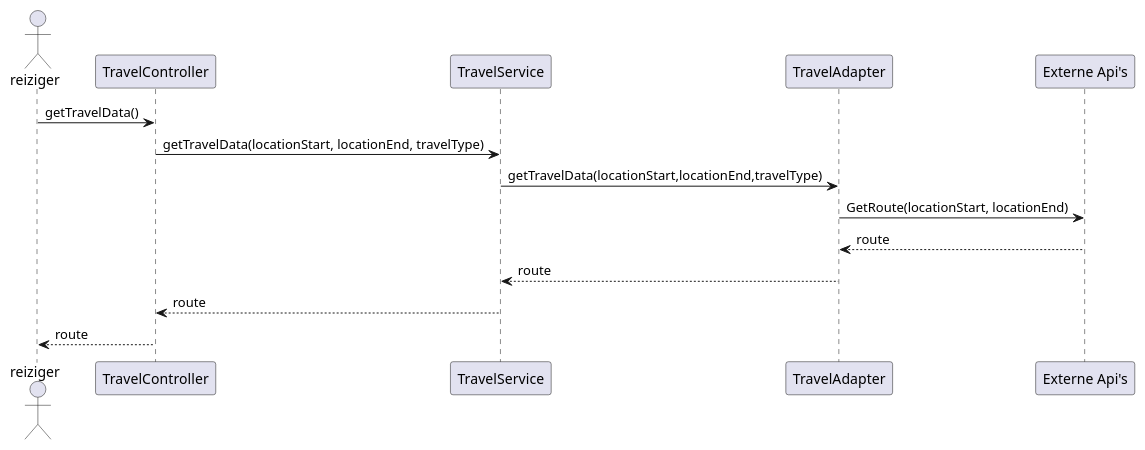
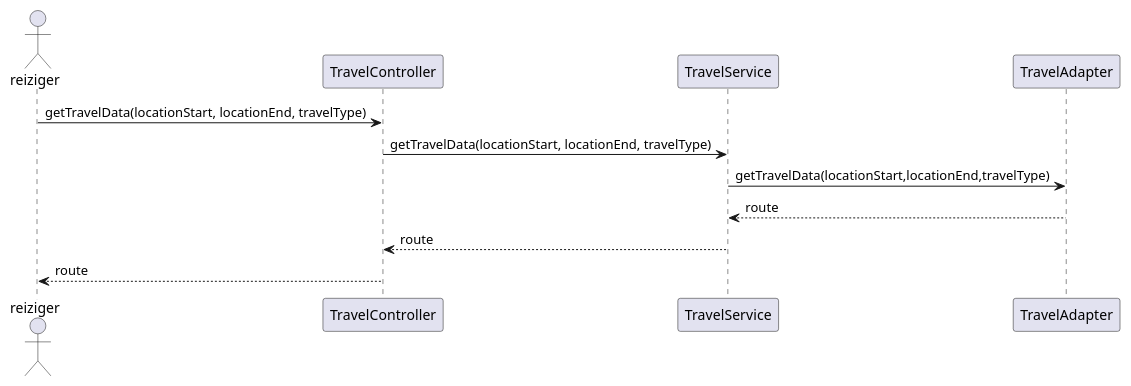
One commit to AIM-ENE-feb25/triptop-groep-tweeeeeeeeeeeeeeeeeeeeee changed the diagram in joost sequence diagram adapter pattern.puml. Above: the diagram before and after it, drawn with PlantUML. The commit also changed 3 other files, not shown here.

Commit message:
Aanpassing sequence en class diagram

```diff
--- a/joost sequence diagram adapter pattern.puml
+++ b/joost sequence diagram adapter pattern.puml
@@ -1,18 +1,16 @@
 @startuml
 actor reiziger
 participant "TravelController" as Controller
 participant "TravelService" as Service
 participant "TravelAdapter" as Adapter
-participant "Externe Api's" as API
 
-reiziger -> Controller: getTravelData()
+
+reiziger -> Controller: getTravelData(locationStart, locationEnd, travelType)
 Controller -> Service: getTravelData(locationStart, locationEnd, travelType)
 Service ->  Adapter: getTravelData(locationStart,locationEnd,travelType)
-Adapter -> API : GetRoute(locationStart, locationEnd)
-API --> Adapter: route
 Adapter --> Service: route
 Service --> Controller: route
 Controller --> reiziger: route
 
 
 @enduml
```
